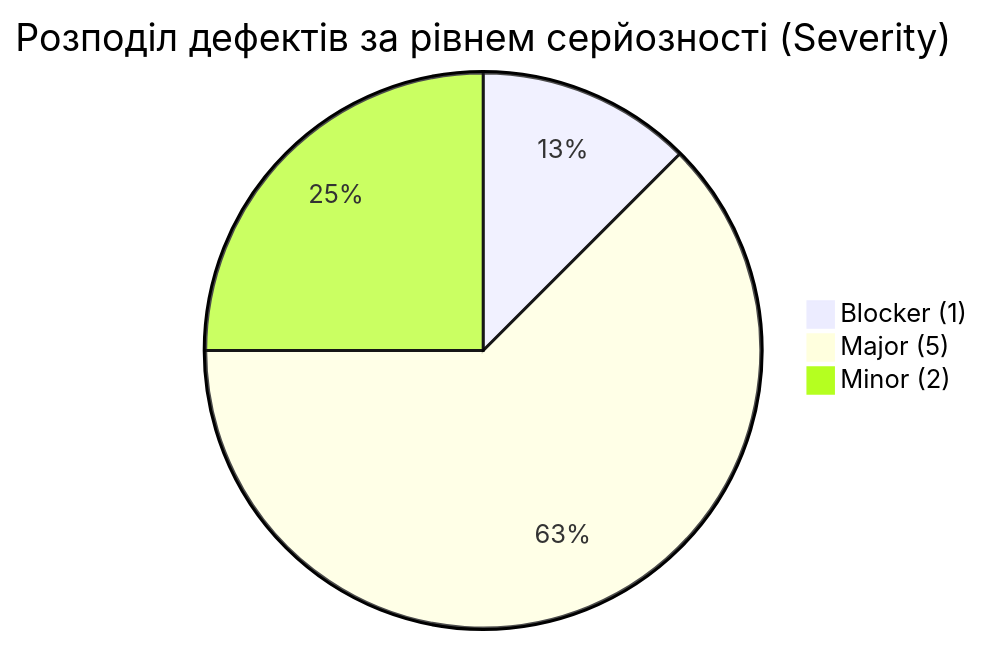
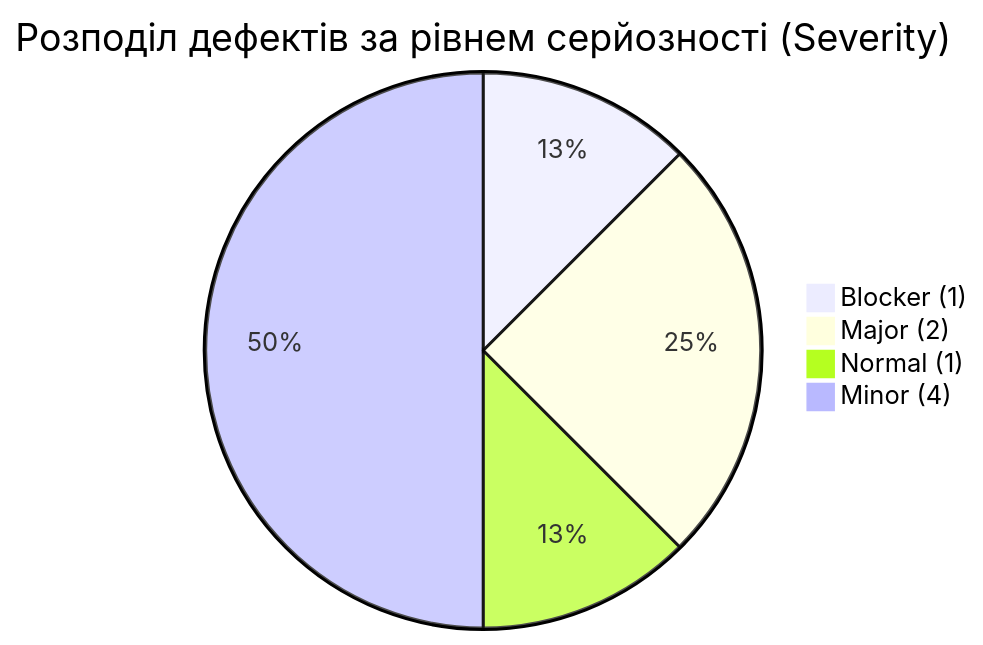
One commit to tiktakson/tzyaps1 changed the third of 4 diagrams in docs/sprint3/test-summary-report.md. Above: the diagram before and after it, drawn with Mermaid. The commit also changed other lines of this file and 8 other files, not shown here.

````diff
--- a/docs/sprint3/test-summary-report.md
+++ b/docs/sprint3/test-summary-report.md
@@ -237,6 +238,7 @@
 ```mermaid
 pie title Розподіл дефектів за рівнем серйозності (Severity)
     "Blocker (1)" : 1
-    "Major (5)" : 5
-    "Minor (2)" : 2
+    "Major (2)" : 2
+    "Normal (1)" : 1
+    "Minor (4)" : 4
 ```
````
